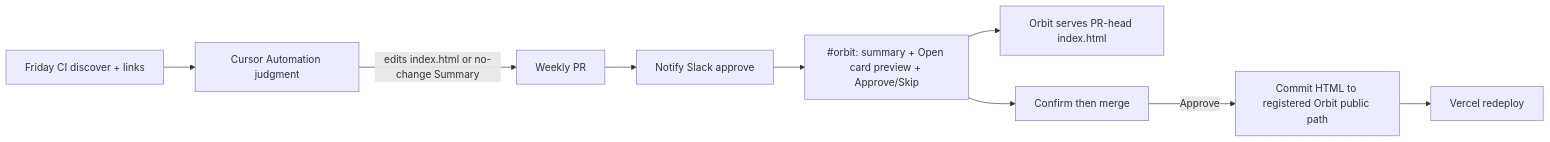
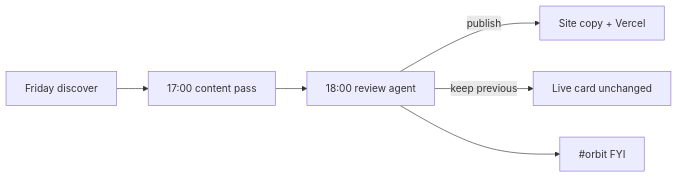
The diagram in docs/architecture/field-card-approve.md (AlexTouvras/Orbit), drawn with Mermaid before and after one commit. The commit also changed other lines of this file and 2 other files, not shown here.

Commit message:
Put the Friday field-card reviewer playbook on main so the cloud agent can read it.

````diff
--- a/docs/architecture/field-card-approve.md
+++ b/docs/architecture/field-card-approve.md
@@ -24,11 +24,8 @@
 ```mermaid
 flowchart LR
-  CI[Friday CI discover + links] --> Cursor[Cursor Automation judgment]
-  Cursor -->|edits index.html or no-change Summary| PR[Weekly PR]
-  PR --> Notify[Notify Slack approve]
-  Notify --> Slack["#orbit: summary + Open card preview + Approve/Skip"]
-  Slack --> Preview[Orbit serves PR-head index.html]
-  Slack --> Gate[Confirm then merge]
-  Gate -->|Approve| Sync[Commit HTML to registered Orbit public path]
-  Sync --> Vercel[Vercel redeploy]
+  CI[Friday discover] --> Author[17:00 content pass]
+  Author --> Review[18:00 review agent]
+  Review -->|publish| Live[Site copy + Vercel]
+  Review -->|keep previous| Stay[Live card unchanged]
+  Review --> Slack["#orbit FYI"]
 ```
````
